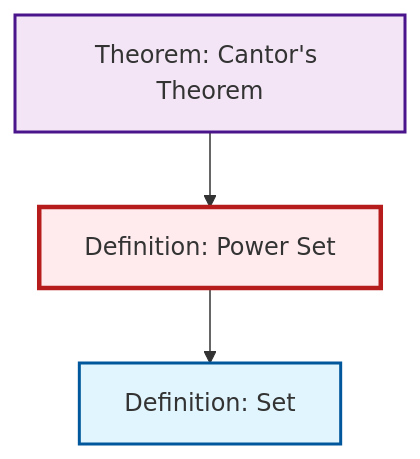
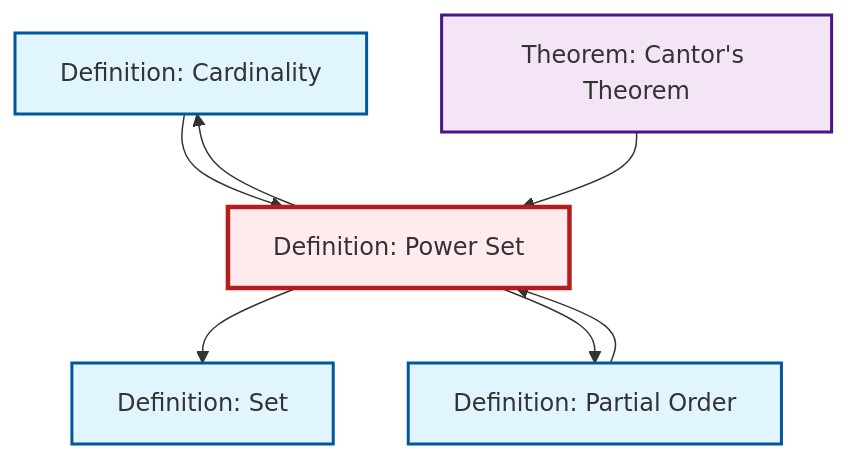
The diagram in output/mermaid/def-power-set.mermaid (RK0429/ModernMath), drawn with Mermaid before and after one commit. The commit also changed 1914 other files, not shown here.

```diff
--- a/output/mermaid/def-power-set.mermaid
+++ b/output/mermaid/def-power-set.mermaid
@@ -1,13 +1,19 @@
 %%| fig-cap: "Local dependency graph"
 graph TD
     classDef definition fill:#e1f5fe,stroke:#01579b,stroke-width:2px
     classDef theorem fill:#f3e5f5,stroke:#4a148c,stroke-width:2px
     classDef axiom fill:#fff3e0,stroke:#e65100,stroke-width:2px
     classDef example fill:#e8f5e9,stroke:#1b5e20,stroke-width:2px
     classDef current fill:#ffebee,stroke:#b71c1c,stroke-width:3px
+    def-cardinality["Definition: Cardinality"]:::definition
     def-set["Definition: Set"]:::definition
+    def-partial-order["Definition: Partial Order"]:::definition
     thm-cantor["Theorem: Cantor's Theorem"]:::theorem
     def-power-set["Definition: Power Set"]:::definition
+    def-power-set --> def-set
+    def-partial-order --> def-power-set
+    def-power-set --> def-partial-order
+    def-cardinality --> def-power-set
     thm-cantor --> def-power-set
-    def-power-set --> def-set
+    def-power-set --> def-cardinality
     class def-power-set current
```
